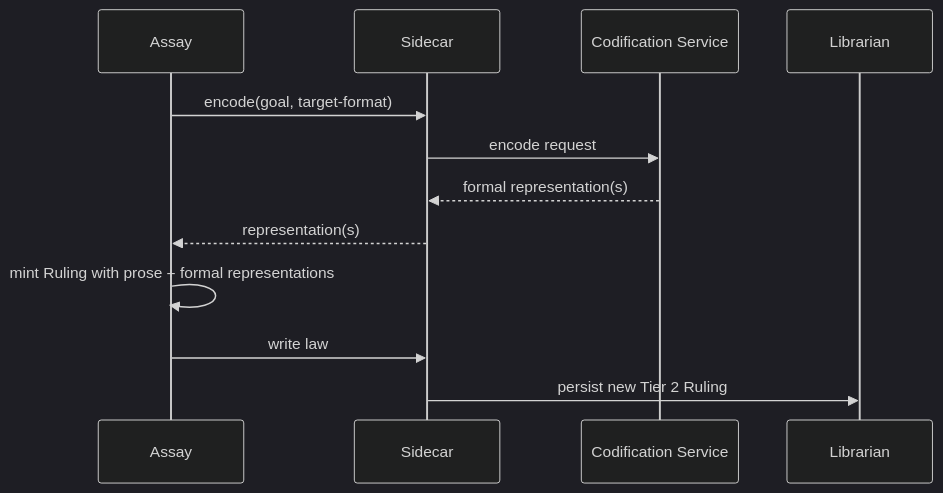
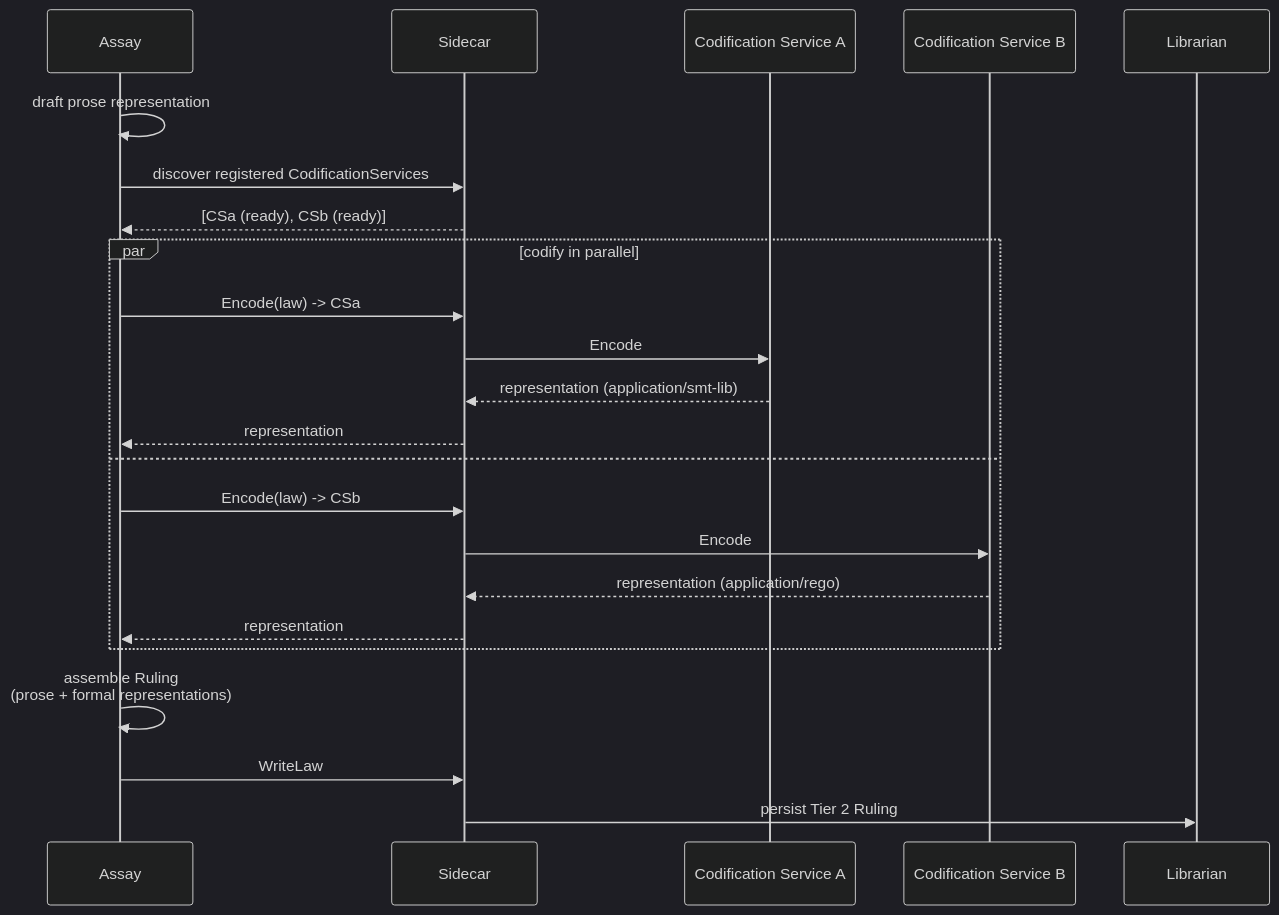
Before and after one commit to really-knows-ai/gideas: the third of 4 diagrams in 02-flow/04-system-services.md, drawn with Mermaid (dark theme). The commit also changed other lines of this file and 21 other files, not shown here.

````diff
--- a/02-flow/04-system-services.md
+++ b/02-flow/04-system-services.md
@@ -183,15 +186,26 @@
 ```mermaid
 sequenceDiagram
     participant AS as Assay
     participant SC as Sidecar
-    participant CS as Codification Service
+    participant CSa as Codification Service A
+    participant CSb as Codification Service B
     participant LB as Librarian
 
-    AS->>SC: encode(goal, target-format)
-    SC->>CS: encode request
-    CS-->>SC: formal representation(s)
-    SC-->>AS: representation(s)
-    AS->>AS: mint Ruling with prose + formal representations
-    AS->>SC: write law
-    SC->>LB: persist new Tier 2 Ruling
+    AS->>AS: draft prose representation
+    AS->>SC: discover registered CodificationServices
+    SC-->>AS: [CSa (ready), CSb (ready)]
+    par codify in parallel
+        AS->>SC: Encode(law) -> CSa
+        SC->>CSa: Encode
+        CSa-->>SC: representation (application/smt-lib)
+        SC-->>AS: representation
+    and
+        AS->>SC: Encode(law) -> CSb
+        SC->>CSb: Encode
+        CSb-->>SC: representation (application/rego)
+        SC-->>AS: representation
+    end
+    AS->>AS: assemble Ruling<br/>(prose + formal representations)
+    AS->>SC: WriteLaw
+    SC->>LB: persist Tier 2 Ruling
 ```
````
